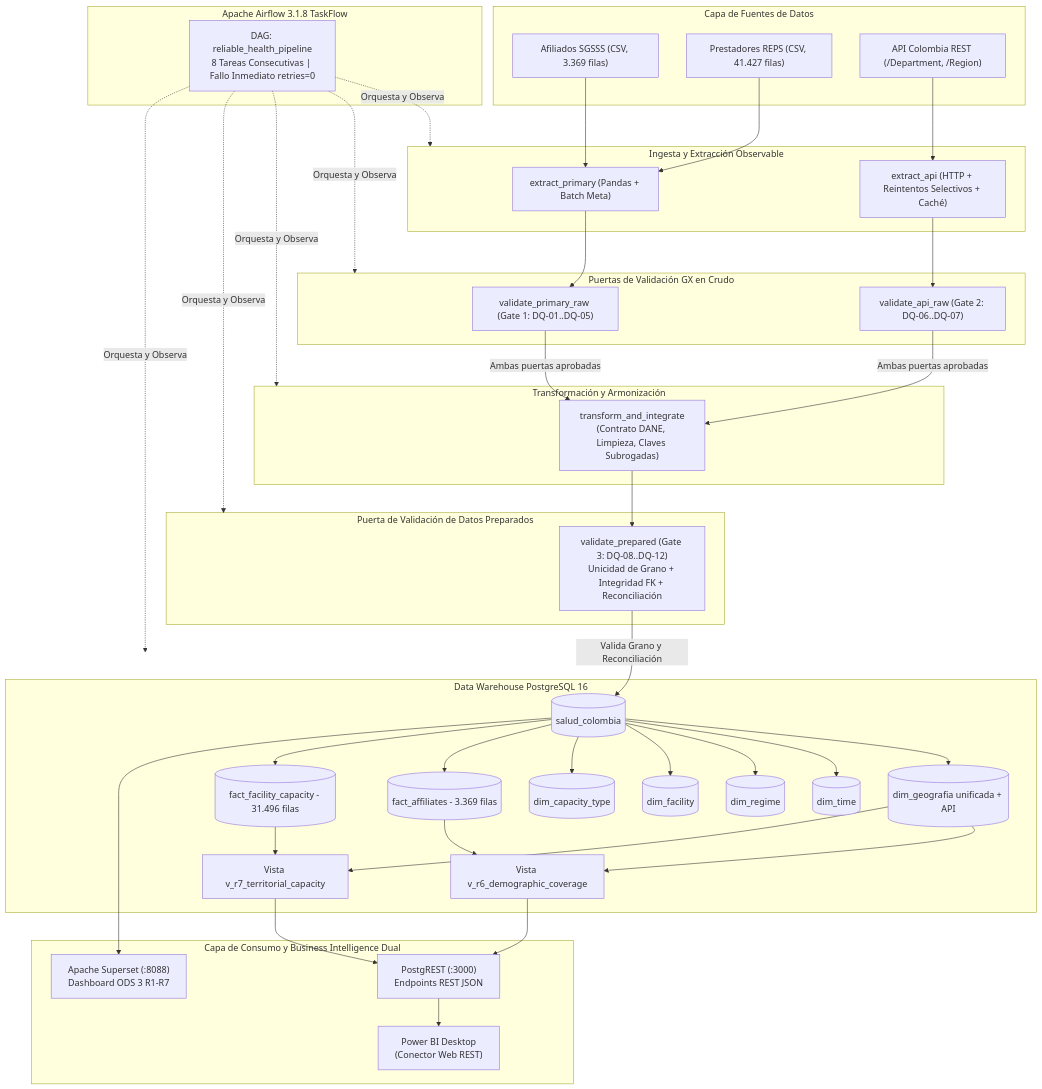
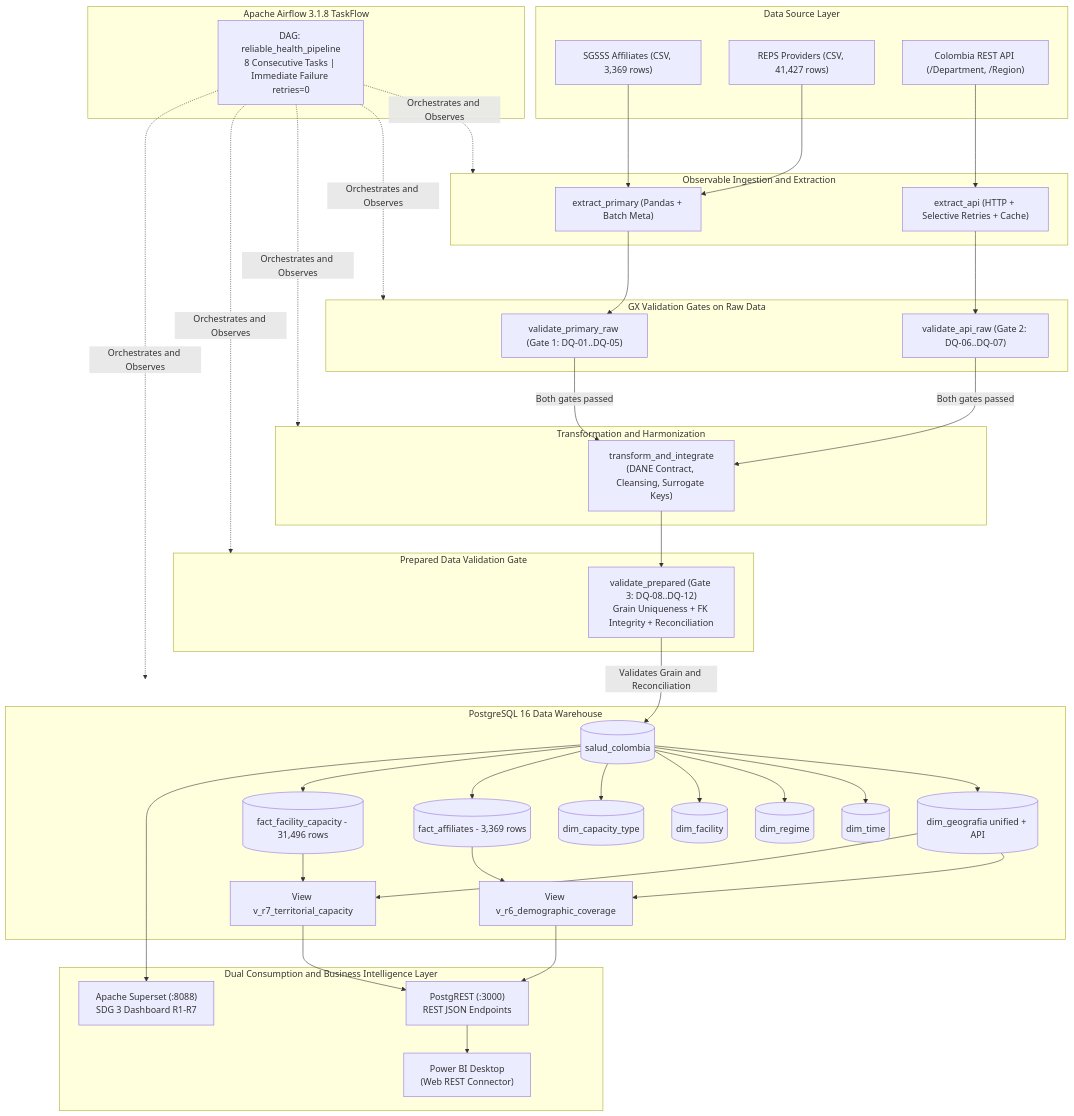
One commit to driosoft-pro/etl-2026-2-ods3-salud-api-gx-airflow changed the first of 2 diagrams in README.md. Above: the diagram before and after it, drawn with Mermaid. The commit also changed other lines of this file, not shown here.

````diff
--- a/README.md
+++ b/README.md
@@ -104,61 +104,61 @@
 ```mermaid
 flowchart TD
-    subgraph Sources [Capa de Fuentes de Datos]
-        CSV1["Afiliados SGSSS (CSV, 3.369 filas)"]
-        CSV2["Prestadores REPS (CSV, 41.427 filas)"]
-        API["API Colombia REST (/Department, /Region)"]
+    subgraph Sources [Data Source Layer]
+        CSV1["SGSSS Affiliates (CSV, 3,369 rows)"]
+        CSV2["REPS Providers (CSV, 41,427 rows)"]
+        API["Colombia REST API (/Department, /Region)"]
     end
 
-    subgraph Ingestion [Ingesta y Extracción Observable]
+    subgraph Ingestion [Observable Ingestion and Extraction]
         E_PRIM["extract_primary (Pandas + Batch Meta)"]
-        E_API["extract_api (HTTP + Reintentos Selectivos + Caché)"]
+        E_API["extract_api (HTTP + Selective Retries + Cache)"]
     end
 
-    subgraph RawGates [Puertas de Validación GX en Crudo]
+    subgraph RawGates [GX Validation Gates on Raw Data]
         GX1["validate_primary_raw (Gate 1: DQ-01..DQ-05)"]
         GX2["validate_api_raw (Gate 2: DQ-06..DQ-07)"]
     end
 
-    subgraph Transform [Transformación y Armonización]
-        TI["transform_and_integrate\n(Contrato DANE, Limpieza, Claves Subrogadas)"]
+    subgraph Transform [Transformation and Harmonization]
+        TI["transform_and_integrate\n(DANE Contract, Cleansing, Surrogate Keys)"]
     end
 
-    subgraph PreparedGate [Puerta de Validación de Datos Preparados]
-        GX3["validate_prepared (Gate 3: DQ-08..DQ-12)\nUnicidad de Grano + Integridad FK + Reconciliación"]
+    subgraph PreparedGate [Prepared Data Validation Gate]
+        GX3["validate_prepared (Gate 3: DQ-08..DQ-12)\nGrain Uniqueness + FK Integrity + Reconciliation"]
     end
 
-    subgraph Storage [Data Warehouse PostgreSQL 16]
+    subgraph Storage [PostgreSQL 16 Data Warehouse]
         PG[(salud_colombia)]
-        D_GEO[(dim_geografia unificada + API)]
+        D_GEO[(dim_geografia unified + API)]
         D_TIME[(dim_time)]
         D_REG[(dim_regime)]
         D_FAC[(dim_facility)]
         D_CAP[(dim_capacity_type)]
-        F_AFF[(fact_affiliates - 3.369 filas)]
-        F_CAP[(fact_facility_capacity - 31.496 filas)]
-        V_R6[Vista v_r6_demographic_coverage]
-        V_R7[Vista v_r7_territorial_capacity]
+        F_AFF[(fact_affiliates - 3,369 rows)]
+        F_CAP[(fact_facility_capacity - 31,496 rows)]
+        V_R6[View v_r6_demographic_coverage]
+        V_R7[View v_r7_territorial_capacity]
     end
 
     subgraph Orchestration [Apache Airflow 3.1.8 TaskFlow]
-        DAG["DAG: reliable_health_pipeline\n8 Tareas Consecutivas | Fallo Inmediato retries=0"]
+        DAG["DAG: reliable_health_pipeline\n8 Consecutive Tasks | Immediate Failure retries=0"]
     end
 
-    subgraph BI [Capa de Consumo y Business Intelligence Dual]
-        PGRST["PostgREST (:3000)\nEndpoints REST JSON"]
-        PBI["Power BI Desktop\n(Conector Web REST)"]
-        SUP["Apache Superset (:8088)\nDashboard ODS 3 R1-R7"]
+    subgraph BI [Dual Consumption and Business Intelligence Layer]
+        PGRST["PostgREST (:3000)\nREST JSON Endpoints"]
+        PBI["Power BI Desktop\n(Web REST Connector)"]
+        SUP["Apache Superset (:8088)\nSDG 3 Dashboard R1-R7"]
     end
 
     CSV1 & CSV2 --> E_PRIM --> GX1
     API --> E_API --> GX2
-    GX1 & GX2 -- Ambas puertas aprobadas --> TI
+    GX1 & GX2 -- Both gates passed --> TI
     TI --> GX3
-    GX3 -- Valida Grano y Reconciliación --> PG
+    GX3 -- Validates Grain and Reconciliation --> PG
     PG --> D_GEO & D_TIME & D_REG & D_FAC & D_CAP & F_AFF & F_CAP
     D_GEO & F_AFF --> V_R6
     D_GEO & F_CAP --> V_R7
     V_R6 & V_R7 --> PGRST --> PBI
     PG --> SUP
-    DAG -. Orquesta y Observa .-> Ingestion & RawGates & Transform & PreparedGate & Storage
+    DAG -. Orchestrates and Observes .-> Ingestion & RawGates & Transform & PreparedGate & Storage
 ```
````
